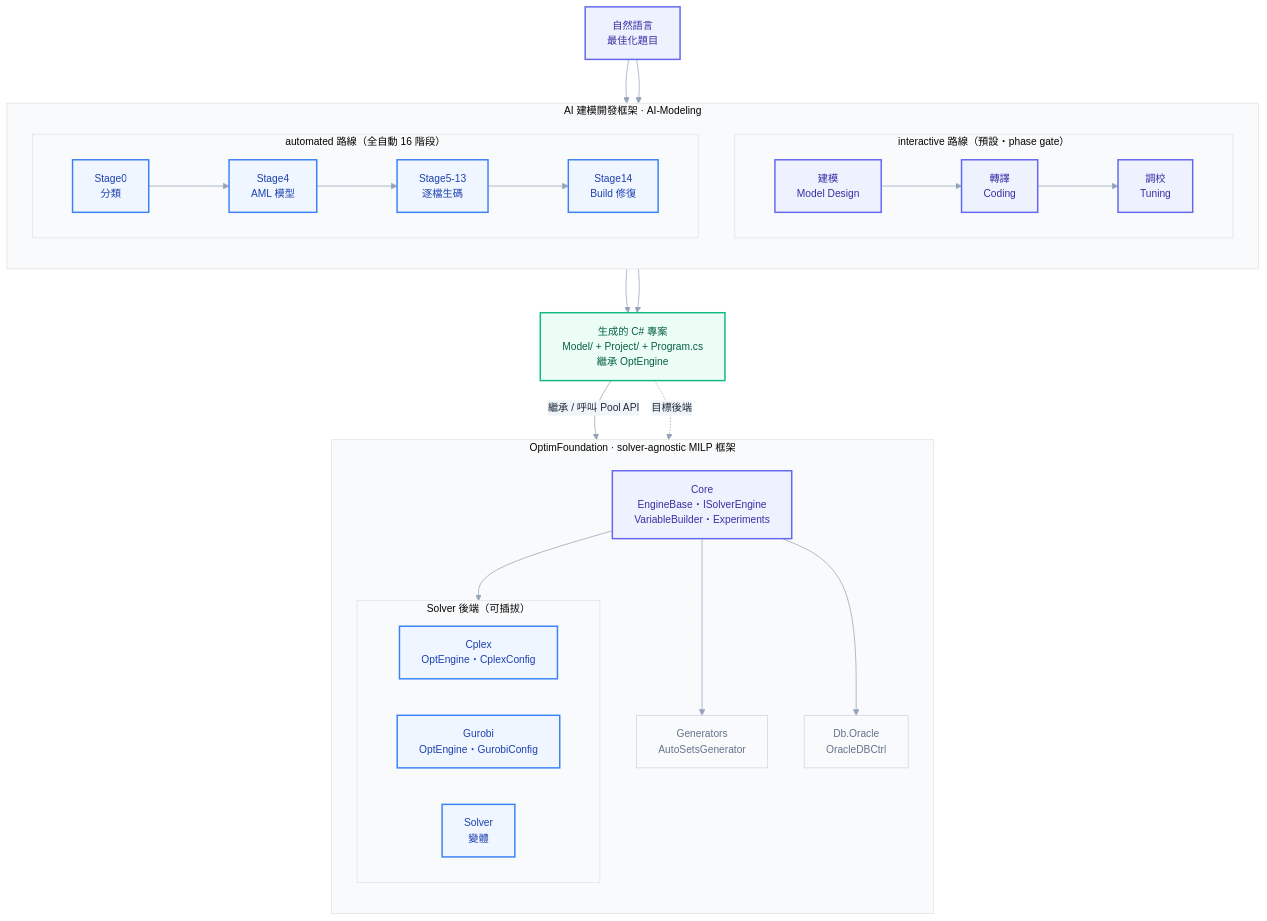
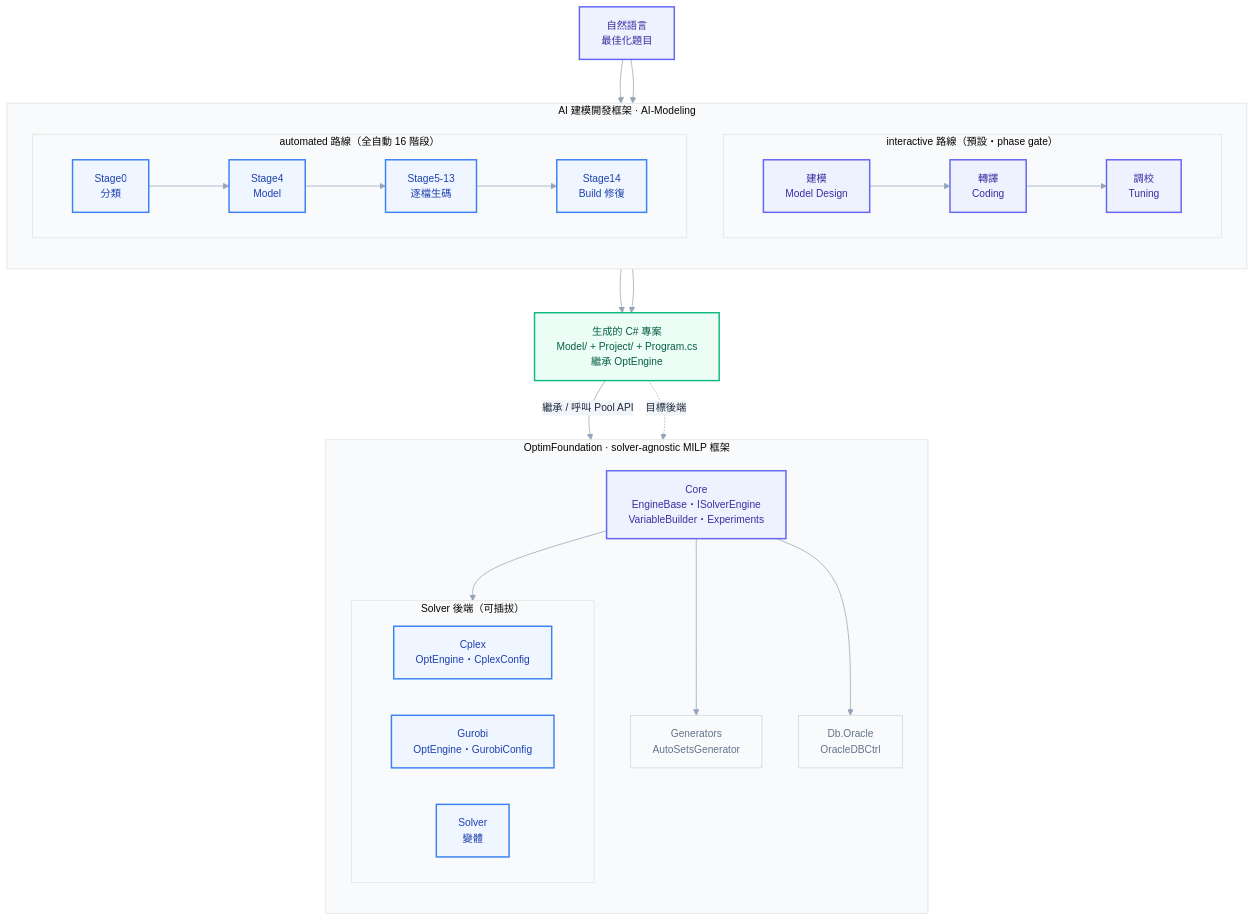
Before and after one commit to zxcbig7/LLMAutoModeling: the diagram in framework-overview.md, drawn with Mermaid. The commit also changed other lines of this file and 148 other files, not shown here.

Commit message:
wave1 治理整併：AML→Model、truning→tuning、天條收斂 AGENTS、MaxWeightIndependentSet 遷移、generator 引用修復

````diff
--- a/framework-overview.md
+++ b/framework-overview.md
@@ -5,64 +5,64 @@
 ```mermaid
 %%{init: {'theme':'base','themeVariables':{
   'fontFamily':'ui-sans-serif, -apple-system, Segoe UI, Roboto, sans-serif',
   'fontSize':'14px',
   'primaryColor':'#eef2ff',
   'primaryTextColor':'#1e293b',
   'primaryBorderColor':'#6366f1',
   'lineColor':'#94a3b8',
   'secondaryColor':'#f1f5f9',
   'tertiaryColor':'#f8fafc'
 },'flowchart':{'curve':'basis','nodeSpacing':50,'rankSpacing':60,'htmlLabels':true}}}%%
 flowchart TD
   IN["自然語言<br/>最佳化題目"]
 
   subgraph AI["AI 建模開發框架 · AI-Modeling"]
     direction TB
     subgraph INT["interactive 路線（預設・phase gate）"]
       direction LR
       M1["建模<br/>Model Design"] --> M2["轉譯<br/>Coding"] --> M3["調校<br/>Tuning"]
     end
     subgraph AUTO["automated 路線（全自動 16 階段）"]
       direction LR
-      S0["Stage0<br/>分類"] --> S4["Stage4<br/>AML 模型"] --> S5["Stage5-13<br/>逐檔生碼"] --> S14["Stage14<br/>Build 修復"]
+      S0["Stage0<br/>分類"] --> S4["Stage4<br/>Model"] --> S5["Stage5-13<br/>逐檔生碼"] --> S14["Stage14<br/>Build 修復"]
     end
   end
 
   CS["生成的 C# 專案<br/>Model/ + Project/ + Program.cs<br/>繼承 OptEngine"]
 
   subgraph OF["OptimFoundation · solver-agnostic MILP 框架"]
     direction TB
     CORE["Core<br/>EngineBase・ISolverEngine<br/>VariableBuilder・Experiments"]
     subgraph BACK["Solver 後端（可插拔）"]
       direction LR
       CPX["Cplex<br/>OptEngine・CplexConfig"]
       GRB["Gurobi<br/>OptEngine・GurobiConfig"]
       SLV["Solver<br/>變體"]
     end
     GEN["Generators<br/>AutoSetsGenerator"]
     DBO["Db.Oracle<br/>OracleDBCtrl"]
     CORE --> BACK
     CORE --> GEN
     CORE --> DBO
   end
 
   IN --> INT
   IN --> AUTO
   INT --> CS
   AUTO --> CS
   CS -->|"繼承 / 呼叫 Pool API"| CORE
   CS -.->|"目標後端"| CPX
 
   classDef primary fill:#eef2ff,stroke:#6366f1,stroke-width:2px,color:#3730a3;
   classDef success fill:#ecfdf5,stroke:#10b981,stroke-width:2px,color:#065f46;
   classDef accent fill:#eff6ff,stroke:#3b82f6,stroke-width:2px,color:#1e40af;
   classDef muted fill:#f8fafc,stroke:#cbd5e1,stroke-width:1px,color:#64748b;
 
   class IN primary;
   class M1,M2,M3 primary;
   class S0,S4,S5,S14 accent;
   class CS success;
   class CORE primary;
   class CPX,GRB,SLV accent;
   class GEN,DBO muted;
 ```
````
